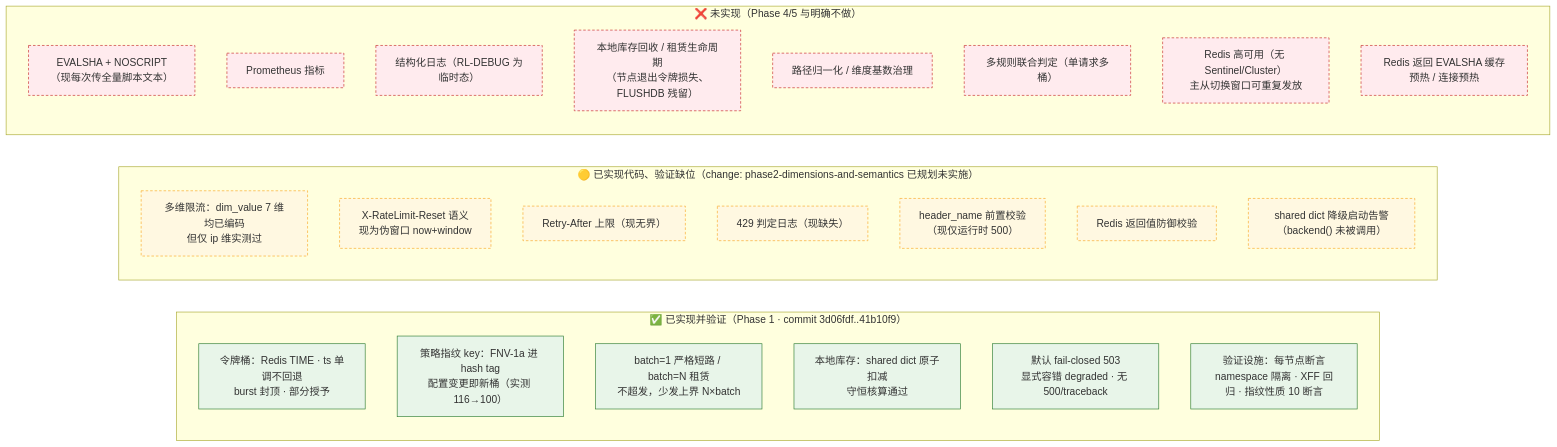
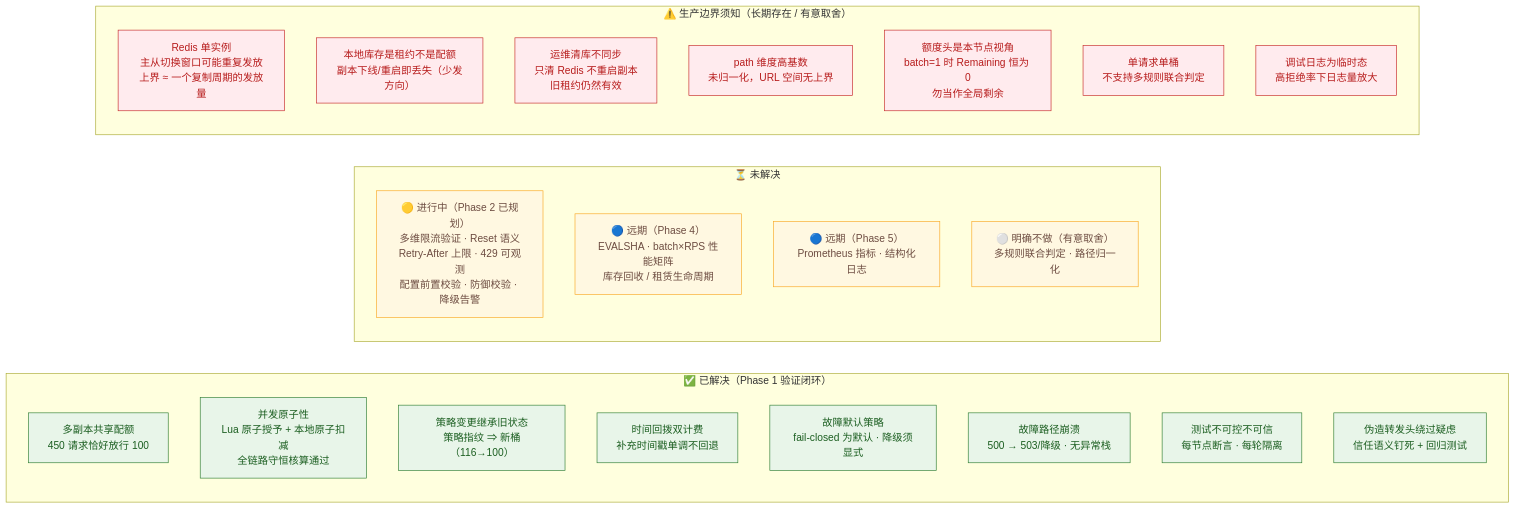
The third of 3 diagrams in docs/architecture.md (EffortsToTheBald/kong-ratelimit), drawn with Mermaid before and after one commit. The commit also changed other lines of this file, not shown here.

Commit message:
docs: 架构图重构——概念化节点(无文件名)+模块对照注释表；新增已解决/未解决/生产边界三区图与明细表

````diff
--- a/docs/architecture.md
+++ b/docs/architecture.md
@@ -63,42 +118,40 @@
 ```mermaid
 flowchart LR
-    subgraph DONE["✅ 已实现并验证（Phase 1 · commit 3d06fdf..41b10f9）"]
+    subgraph SOLVED["✅ 已解决（Phase 1 验证闭环）"]
         direction TB
-        d1["令牌桶：Redis TIME · ts 单调不回退<br/>burst 封顶 · 部分授予"]
-        d2["策略指纹 key：FNV-1a 进 hash tag<br/>配置变更即新桶（实测 116→100）"]
-        d3["batch=1 严格短路 / batch=N 租赁<br/>不超发，少发上界 N×batch"]
-        d4["本地库存：shared dict 原子扣减<br/>守恒核算通过"]
-        d5["默认 fail-closed 503<br/>显式容错 degraded · 无 500/traceback"]
-        d6["验证设施：每节点断言<br/>namespace 隔离 · XFF 回归 · 指纹性质 10 断言"]
+        s1["多副本共享配额<br/>450 请求恰好放行 100"]
+        s2["并发原子性<br/>Lua 原子授予 + 本地原子扣减<br/>全链路守恒核算通过"]
+        s3["策略变更继承旧状态<br/>策略指纹 ⇒ 新桶（116→100）"]
+        s4["时间回拨双计费<br/>补充时间戳单调不回退"]
+        s5["故障默认策略<br/>fail-closed 为默认 · 降级须显式"]
+        s6["故障路径崩溃<br/>500 → 503/降级 · 无异常栈"]
+        s7["测试不可控不可信<br/>每节点断言 · 每轮隔离"]
+        s8["伪造转发头绕过疑虑<br/>信任语义钉死 + 回归测试"]
     end
 
-    subgraph YELLOW["🟡 已实现代码、验证缺位（change: phase2-dimensions-and-semantics 已规划未实施）"]
+    subgraph OPEN["⏳ 未解决"]
         direction TB
-        y1["多维限流：dim_value 7 维均已编码<br/>但仅 ip 维实测过"]
-        y2["X-RateLimit-Reset 语义<br/>现为伪窗口 now+window"]
-        y3["Retry-After 上限（现无界）"]
-        y4["429 判定日志（现缺失）"]
-        y5["header_name 前置校验<br/>（现仅运行时 500）"]
-        y6["Redis 返回值防御校验"]
-        y7["shared dict 降级启动告警（backend() 未被调用）"]
+        o1["🟡 进行中（Phase 2 已规划）<br/>多维限流验证 · Reset 语义<br/>Retry-After 上限 · 429 可观测<br/>配置前置校验 · 防御校验 · 降级告警"]
+        o2["🔵 远期（Phase 4）<br/>EVALSHA · batch×RPS 性能矩阵<br/>库存回收 / 租赁生命周期"]
+        o3["🔵 远期（Phase 5）<br/>Prometheus 指标 · 结构化日志"]
+        o4["⚪ 明确不做（有意取舍）<br/>多规则联合判定 · 路径归一化"]
     end
 
-    subgraph TODO["❌ 未实现（Phase 4/5 与明确不做）"]
+    subgraph PROD["⚠️ 生产边界须知（长期存在 / 有意取舍）"]
         direction TB
-        t1["EVALSHA + NOSCRIPT（现每次传全量脚本文本）"]
-        t2["Prometheus 指标"]
-        t3["结构化日志（RL-DEBUG 为临时态）"]
-        t4["本地库存回收 / 租赁生命周期<br/>（节点退出令牌损失、FLUSHDB 残留）"]
-        t5["路径归一化 / 维度基数治理"]
-        t6["多规则联合判定（单请求多桶）"]
-        t7["Redis 高可用（无 Sentinel/Cluster）<br/>主从切换窗口可重复发放"]
-        t8["Redis 返回 EVALSHA 缓存预热 / 连接预热"]
+        p1["Redis 单实例<br/>主从切换窗口可能重复发放<br/>上界 ≈ 一个复制周期的发放量"]
+        p2["本地库存是租约不是配额<br/>副本下线/重启即丢失（少发方向）"]
+        p3["运维清库不同步<br/>只清 Redis 不重启副本<br/>旧租约仍然有效"]
+        p4["path 维度高基数<br/>未归一化，URL 空间无上界"]
+        p5["额度头是本节点视角<br/>batch=1 时 Remaining 恒为 0<br/>勿当作全局剩余"]
+        p6["单请求单桶<br/>不支持多规则联合判定"]
+        p7["调试日志为临时态<br/>高拒绝率下日志量放大"]
     end
 
-    classDef done fill:#e8f5e9,stroke:#2e7d32;
-    classDef planned fill:#fff8e1,stroke:#f9a825,stroke-dasharray: 4 3;
-    classDef todo fill:#ffebee,stroke:#c62828,stroke-dasharray: 4 3;
-    class d1,d2,d3,d4,d5,d6 done;
-    class y1,y2,y3,y4,y5,y6,y7 planned;
-    class t1,t2,t3,t4,t5,t6,t7,t8 todo;
+    classDef solved fill:#e8f5e9,stroke:#2e7d32,color:#1b5e20;
+    classDef open fill:#fff8e1,stroke:#f9a825,color:#6d4c41;
+    classDef prod fill:#ffebee,stroke:#c62828,color:#b71c1c;
+    class s1,s2,s3,s4,s5,s6,s7,s8 solved;
+    class o1,o2,o3,o4 open;
+    class p1,p2,p3,p4,p5,p6,p7 prod;
 ```
````
